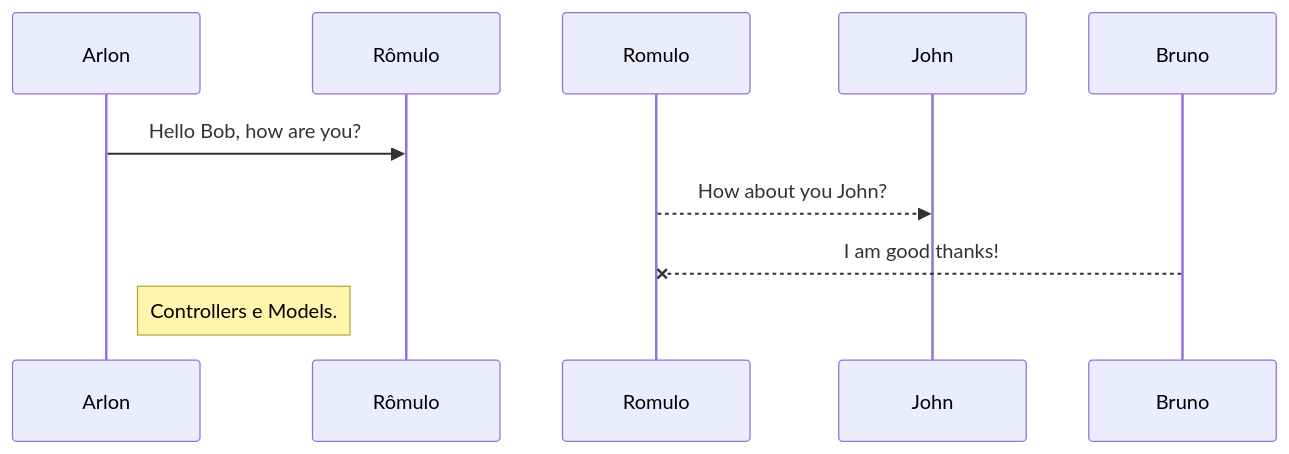
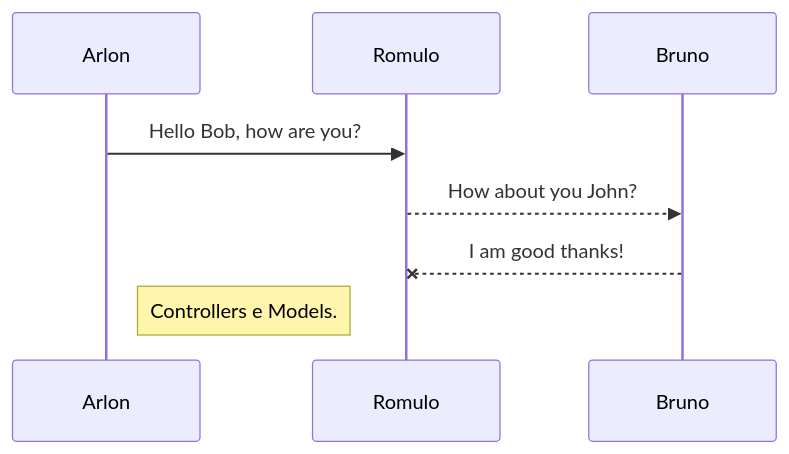
Before and after one commit to byagc/delta: the diagram in README.md, drawn with Mermaid.

````diff
--- a/README.md
+++ b/README.md
@@ -19,7 +19,7 @@
 ```mermaid
 sequenceDiagram
-Arlon->> Rômulo: Hello Bob, how are you?
-Romulo-->>John: How about you John?
+Arlon->> Romulo: Hello Bob, how are you?
+Romulo-->> Bruno: How about you John?
 Bruno --x Romulo: I am good thanks!
 Note right of Arlon: Controllers e Models.
 ```
````
